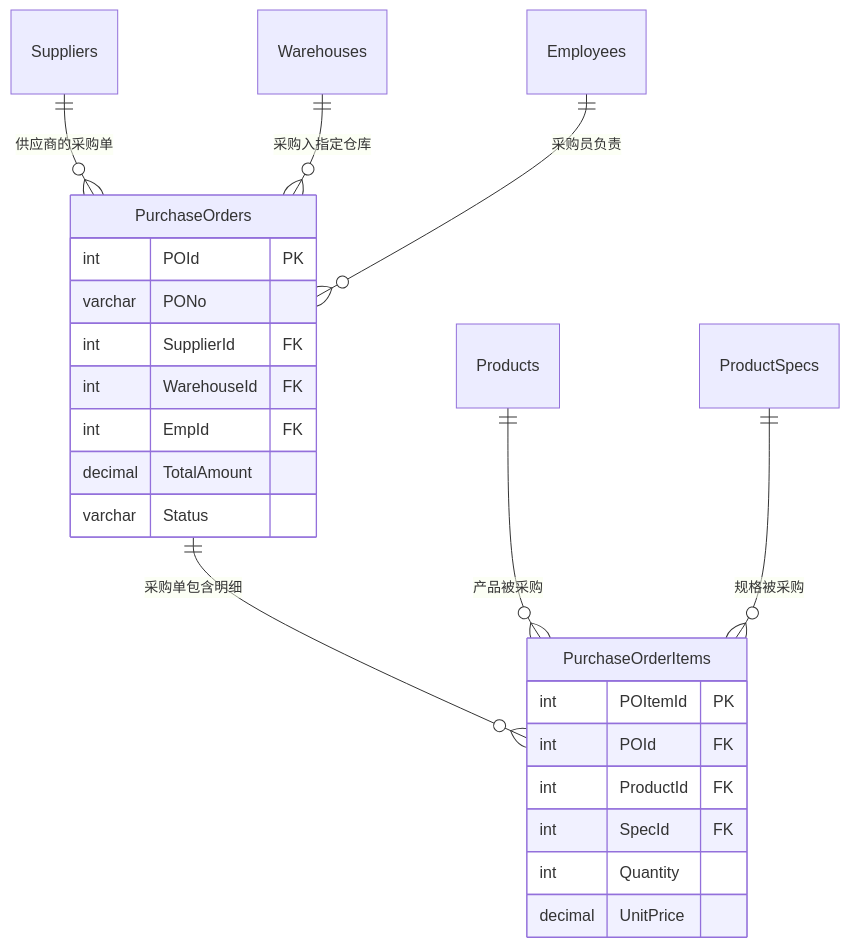
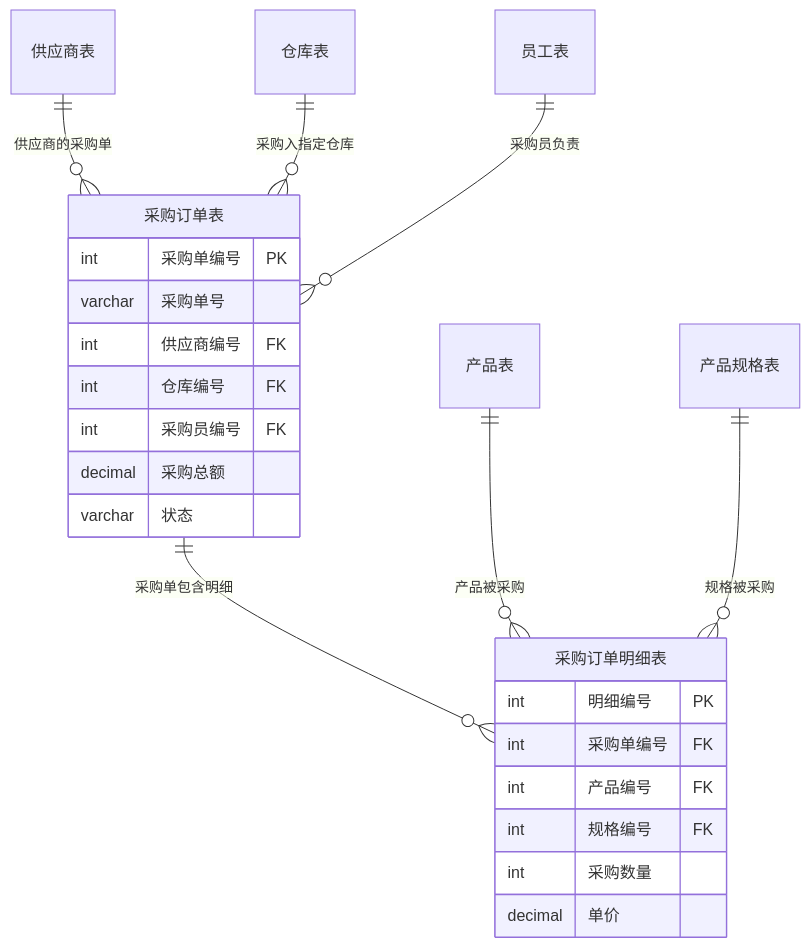
Before and after one commit to yangboyuth/effective-palm-tree: the sixth of 8 diagrams in KCGL_ER.md, drawn with Mermaid. The commit also changed other lines of this file, not shown here.

````diff
--- a/KCGL_ER.md
+++ b/KCGL_ER.md
@@ -199,27 +199,27 @@
 ```mermaid
 erDiagram
-    Suppliers ||--o{ PurchaseOrders : "供应商的采购单"
-    Warehouses ||--o{ PurchaseOrders : "采购入指定仓库"
-    Employees ||--o{ PurchaseOrders : "采购员负责"
-    PurchaseOrders ||--o{ PurchaseOrderItems : "采购单包含明细"
-    Products ||--o{ PurchaseOrderItems : "产品被采购"
-    ProductSpecs ||--o{ PurchaseOrderItems : "规格被采购"
+    "供应商表" ||--o{ "采购订单表" : "供应商的采购单"
+    "仓库表" ||--o{ "采购订单表" : "采购入指定仓库"
+    "员工表" ||--o{ "采购订单表" : "采购员负责"
+    "采购订单表" ||--o{ "采购订单明细表" : "采购单包含明细"
+    "产品表" ||--o{ "采购订单明细表" : "产品被采购"
+    "产品规格表" ||--o{ "采购订单明细表" : "规格被采购"
 
-    PurchaseOrders {
-        int POId PK
-        varchar PONo
-        int SupplierId FK
-        int WarehouseId FK
-        int EmpId FK
-        decimal TotalAmount
-        varchar Status
+    "采购订单表" {
+        int 采购单编号 PK
+        varchar 采购单号
+        int 供应商编号 FK
+        int 仓库编号 FK
+        int 采购员编号 FK
+        decimal 采购总额
+        varchar 状态
     }
-    PurchaseOrderItems {
-        int POItemId PK
-        int POId FK
-        int ProductId FK
-        int SpecId FK
-        int Quantity
-        decimal UnitPrice
+    "采购订单明细表" {
+        int 明细编号 PK
+        int 采购单编号 FK
+        int 产品编号 FK
+        int 规格编号 FK
+        int 采购数量
+        decimal 单价
     }
 ```
````
